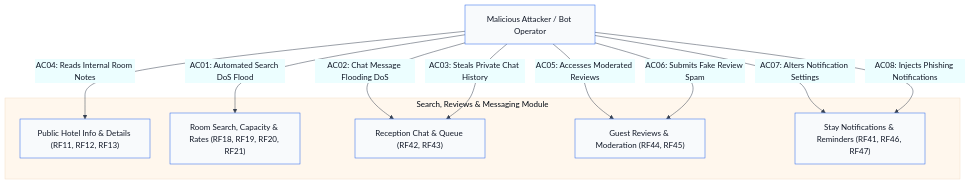
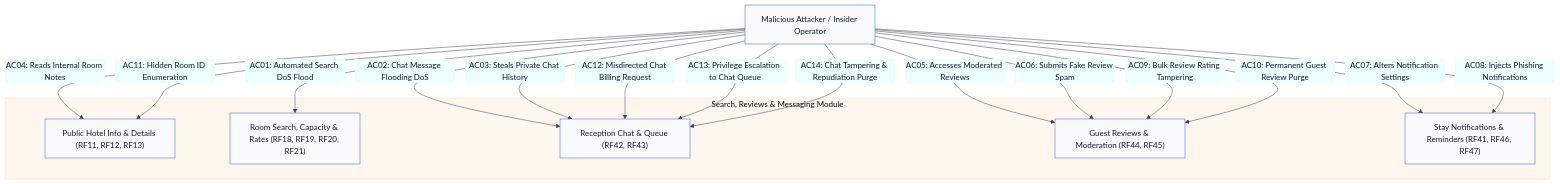
One commit to yIuriy/HospedaTche changed the diagram in artifacts/diagrams/search-messaging-abuse-cases.mmd. Above: the diagram before and after it, drawn with Mermaid.

Commit message:
Update search messaging abuse cases diagram with cases AC09 to AC14

```diff
--- a/artifacts/diagrams/search-messaging-abuse-cases.mmd
+++ b/artifacts/diagrams/search-messaging-abuse-cases.mmd
@@ -1,36 +1,42 @@
 %%{init: {
   "theme": "base",
   "flowchart": {
     "curve": "smooth",
     "nodeSpacing": 40,
     "rankSpacing": 60
   },
   "themeVariables": {
     "primaryColor": "#f8fafc",
     "primaryTextColor": "#111827",
     "primaryBorderColor": "#2563eb",
     "lineColor": "#374151",
     "secondaryColor": "#ecfeff",
     "tertiaryColor": "#fff7ed",
     "fontFamily": "Arial"
   }
 }}%%
 flowchart TD
-    Attacker[Malicious Attacker / Bot Operator]
+    Attacker[Malicious Attacker / Insider Operator]
 
     subgraph SearchMessagingModule["Search, Reviews & Messaging Module"]
         PublicInfoAPI["Public Hotel Info & Details (RF11, RF12, RF13)"]
         SearchAPI["Room Search, Capacity & Rates (RF18, RF19, RF20, RF21)"]
         ChatService["Reception Chat & Queue (RF42, RF43)"]
         ReviewService["Guest Reviews & Moderation (RF44, RF45)"]
         NotifService["Stay Notifications & Reminders (RF41, RF46, RF47)"]
     end
 
     Attacker -->|AC01: Automated Search DoS Flood| SearchAPI
     Attacker -->|AC02: Chat Message Flooding DoS| ChatService
     Attacker -->|AC03: Steals Private Chat History| ChatService
     Attacker -->|AC04: Reads Internal Room Notes| PublicInfoAPI
     Attacker -->|AC05: Accesses Moderated Reviews| ReviewService
     Attacker -->|AC06: Submits Fake Review Spam| ReviewService
     Attacker -->|AC07: Alters Notification Settings| NotifService
     Attacker -->|AC08: Injects Phishing Notifications| NotifService
+    Attacker -->|AC09: Bulk Review Rating Tampering| ReviewService
+    Attacker -->|AC10: Permanent Guest Review Purge| ReviewService
+    Attacker -->|AC11: Hidden Room ID Enumeration| PublicInfoAPI
+    Attacker -->|AC12: Misdirected Chat Billing Request| ChatService
+    Attacker -->|AC13: Privilege Escalation to Chat Queue| ChatService
+    Attacker -->|AC14: Chat Tampering & Repudiation Purge| ChatService
```
